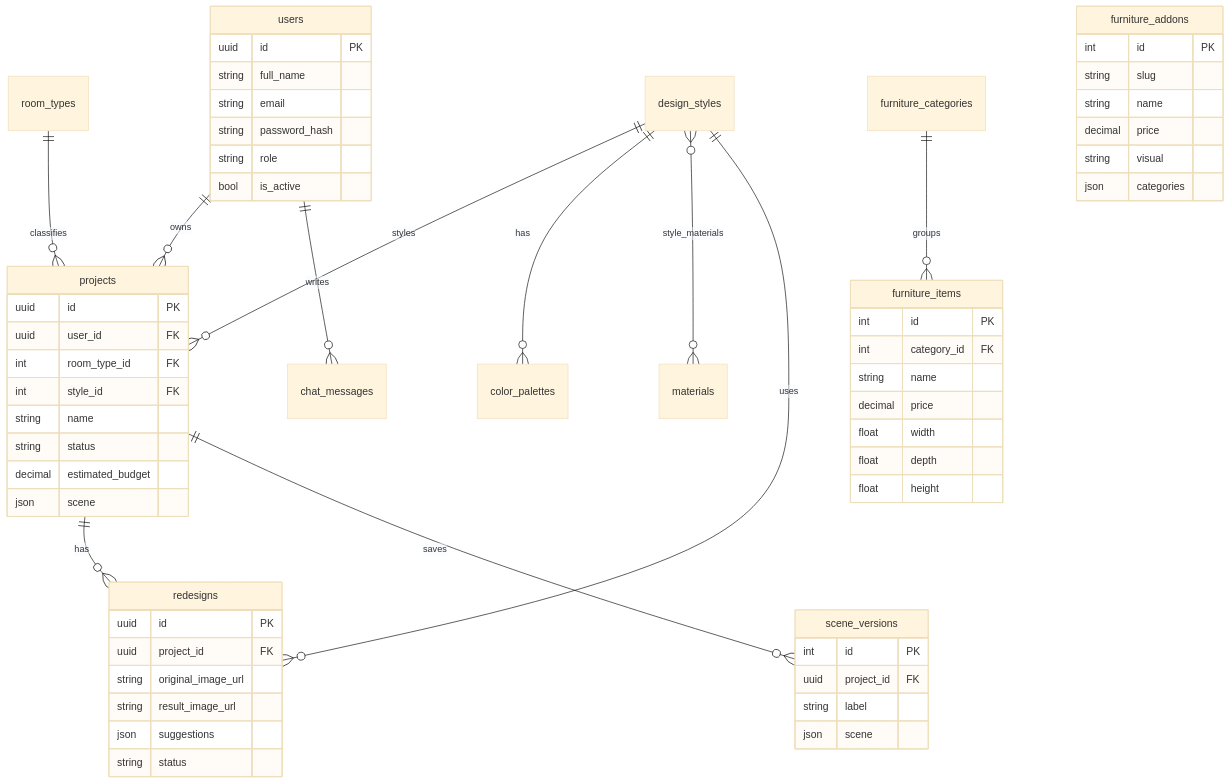
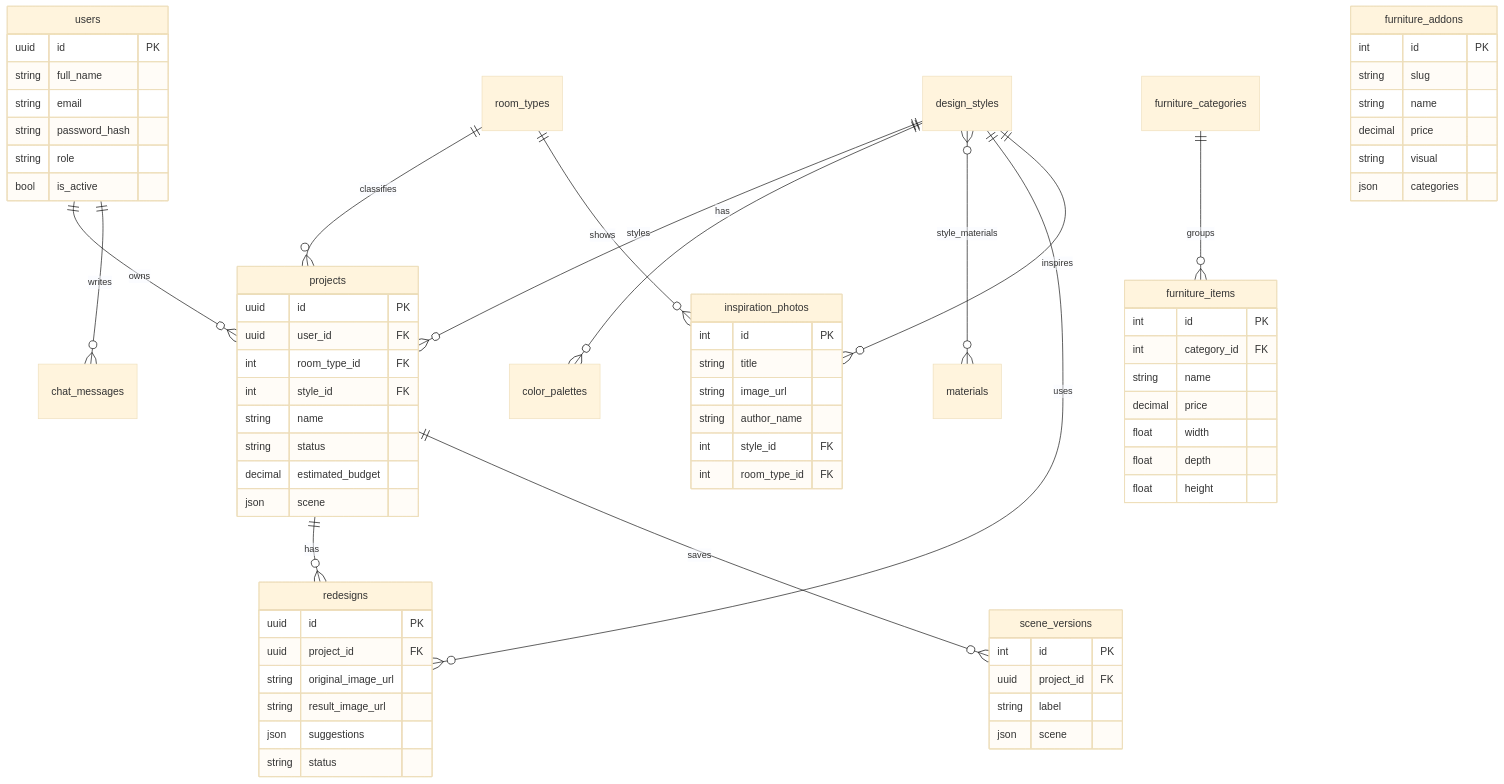
One commit to Santiago425/decora-ia-backend changed the second of 2 diagrams in README.md. Above: the diagram before and after it, drawn with Mermaid (base theme). The commit also changed other lines of this file and 17 other files, not shown here.

First line of the commit message:
feat: add room type covers, material textures and an inspiration gallery

````diff
--- a/README.md
+++ b/README.md
@@ -79,52 +79,60 @@
 ```mermaid
 erDiagram
     users ||--o{ projects : owns
     users ||--o{ chat_messages : writes
     room_types ||--o{ projects : classifies
     design_styles ||--o{ projects : styles
     design_styles ||--o{ color_palettes : has
     design_styles }o--o{ materials : style_materials
     projects ||--o{ redesigns : has
     projects ||--o{ scene_versions : saves
     design_styles ||--o{ redesigns : uses
     furniture_categories ||--o{ furniture_items : groups
+    design_styles ||--o{ inspiration_photos : inspires
+    room_types ||--o{ inspiration_photos : shows
 
+    inspiration_photos { int id PK
+        string title
+        string image_url
+        string author_name
+        int style_id FK
+        int room_type_id FK }
     scene_versions { int id PK
         uuid project_id FK
         string label
         json scene }
     furniture_addons { int id PK
         string slug
         string name
         decimal price
         string visual
         json categories }
 
     users { uuid id PK
         string full_name
         string email
         string password_hash
         string role
         bool is_active }
     projects { uuid id PK
         uuid user_id FK
         int room_type_id FK
         int style_id FK
         string name
         string status
         decimal estimated_budget
         json scene }
     redesigns { uuid id PK
         uuid project_id FK
         string original_image_url
         string result_image_url
         json suggestions
         string status }
     furniture_items { int id PK
         int category_id FK
         string name
         decimal price
         float width
         float depth
         float height }
 ```
````
